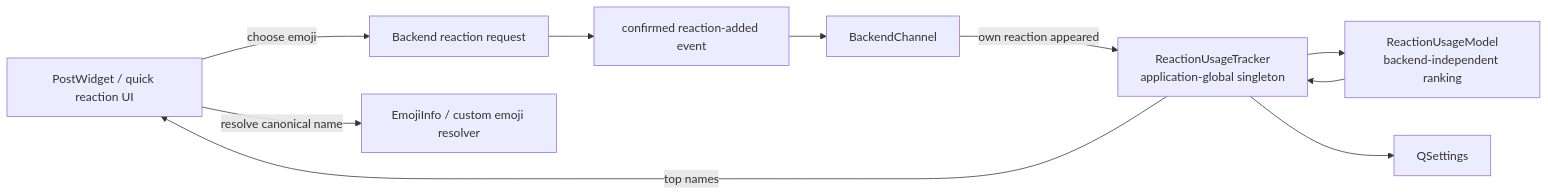
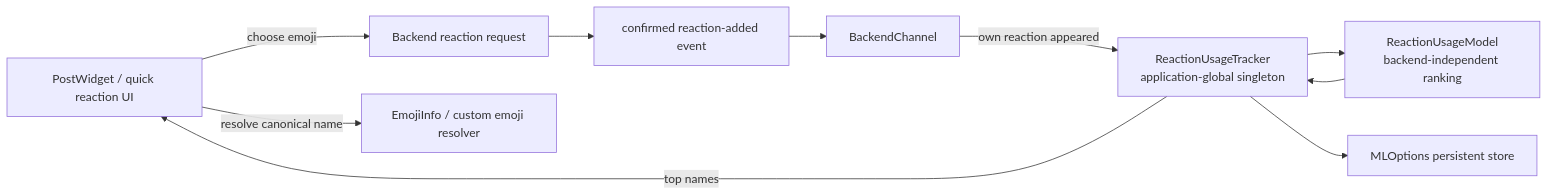
Before and after one commit to Ri0n/matterleast: the diagram in docs/reaction-quick-bar.md, drawn with Mermaid. The commit also changed other lines of this file and 16 other files, not shown here.

Commit message:
Centralize persistent settings access in MLOptions

````diff
--- a/docs/reaction-quick-bar.md
+++ b/docs/reaction-quick-bar.md
@@ -23,22 +23,22 @@
 ```mermaid
 flowchart LR
     UI[PostWidget / quick reaction UI]
     B[Backend reaction request]
     E[confirmed reaction-added event]
     C[BackendChannel]
     T[ReactionUsageTracker\napplication-global singleton]
     M[ReactionUsageModel\nbackend-independent ranking]
-    S[QSettings]
+    S[MLOptions persistent store]
     R[EmojiInfo / custom emoji resolver]
 
     UI -->|choose emoji| B
     B --> E
     E --> C
     C -->|own reaction appeared| T
     T --> M
     M --> T
     T --> S
 
     T -->|top names| UI
     UI -->|resolve canonical name| R
 ```
````
